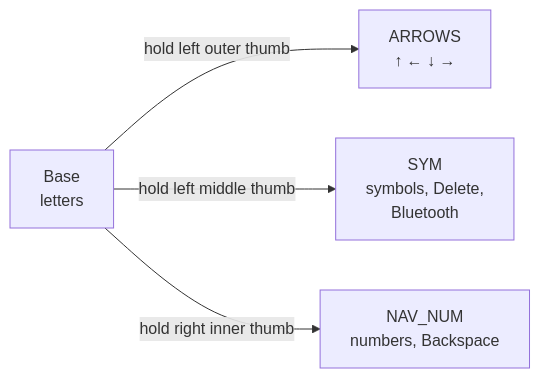
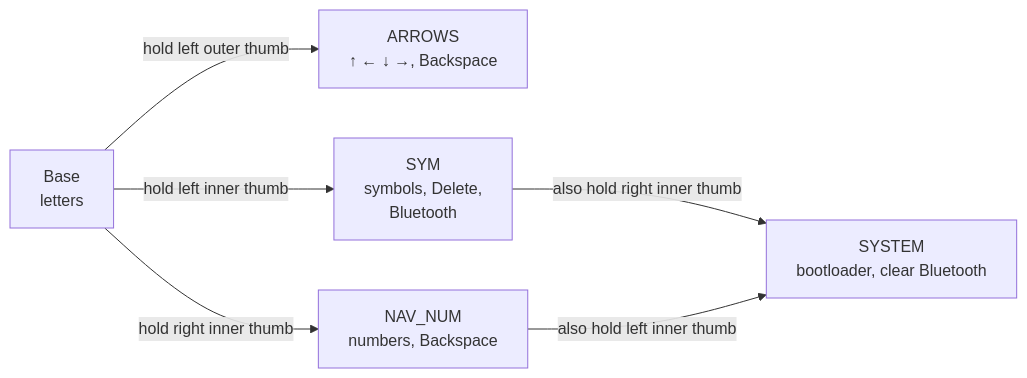
The first of 2 diagrams in README.md (kylephillipsau/Temper_zmk), drawn with Mermaid before and after one commit. The commit also changed other lines of this file and 4 other files, not shown here.

````diff
--- a/README.md
+++ b/README.md
@@ -28,10 +28,13 @@
 ```mermaid
 flowchart LR
     base["Base<br/>letters"]
-    arrows["ARROWS<br/>↑ ← ↓ →"]
+    arrows["ARROWS<br/>↑ ← ↓ →, Backspace"]
     sym["SYM<br/>symbols, Delete,<br/>Bluetooth"]
     num["NAV_NUM<br/>numbers, Backspace"]
+    system["SYSTEM<br/>bootloader, clear Bluetooth"]
     base -- "hold left outer thumb" --> arrows
-    base -- "hold left middle thumb" --> sym
+    base -- "hold left inner thumb" --> sym
     base -- "hold right inner thumb" --> num
+    sym -- "also hold right inner thumb" --> system
+    num -- "also hold left inner thumb" --> system
 ```
````
